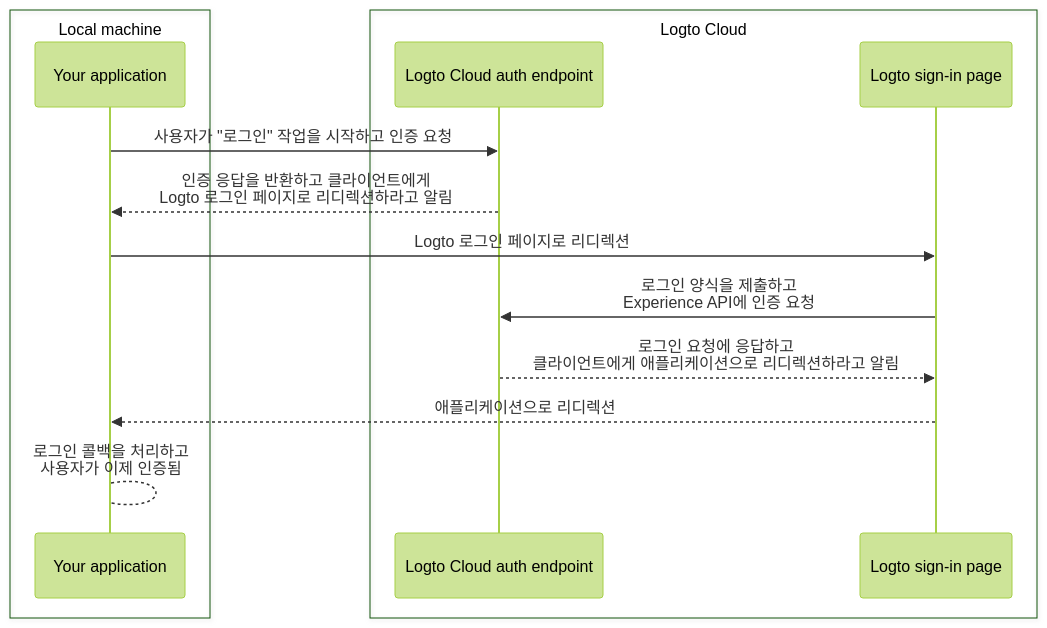
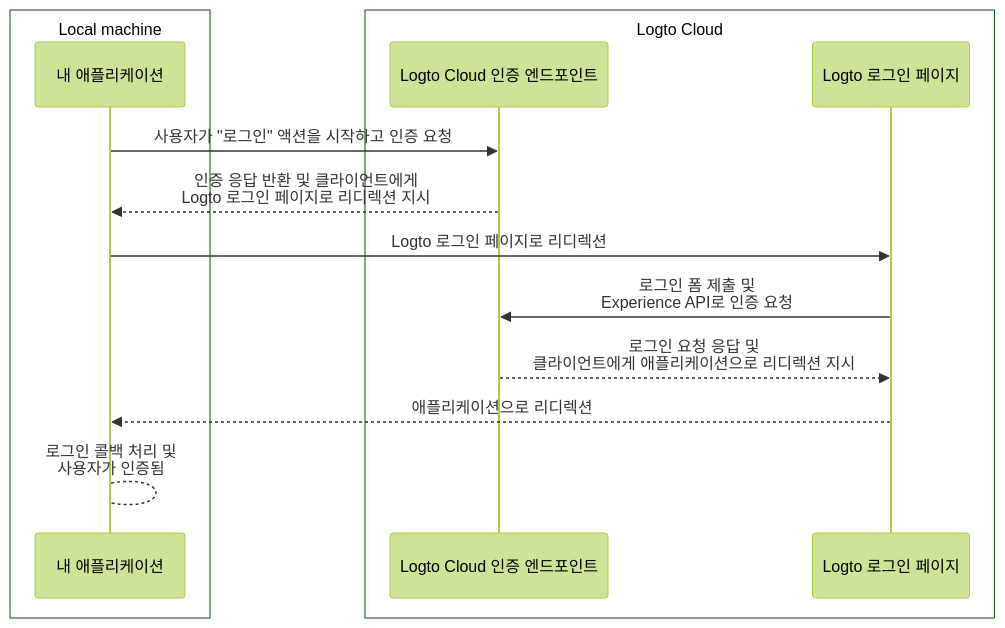
The first of 2 diagrams in i18n/ko/docusaurus-plugin-content-docs/current/customization/bring-your-ui/debug-and-test-your-custom-ui-locally.mdx (logto-io/docs), drawn with Mermaid (forest theme) before and after one commit. The commit also changed other lines of this file and 666 other files, not shown here.

````diff
--- a/i18n/ko/docusaurus-plugin-content-docs/current/customization/bring-your-ui/debug-and-test-your-custom-ui-locally.mdx
+++ b/i18n/ko/docusaurus-plugin-content-docs/current/customization/bring-your-ui/debug-and-test-your-custom-ui-locally.mdx
@@ -18,17 +19,17 @@
 ```mermaid
 sequenceDiagram
     box Local machine
-    participant A as Your application
+    participant A as 내 애플리케이션
     end
     box Logto Cloud
-    participant B as Logto Cloud auth endpoint
-    participant C as Logto sign-in page
+    participant B as Logto Cloud 인증 엔드포인트
+    participant C as Logto 로그인 페이지
     end
-    A ->> B: 사용자가 "로그인" 작업을 시작하고 인증 요청
-    B -->> A: 인증 응답을 반환하고 클라이언트에게<br/>Logto 로그인 페이지로 리디렉션하라고 알림
+    A ->> B: 사용자가 "로그인" 액션을 시작하고 인증 요청
+    B -->> A: 인증 응답 반환 및 클라이언트에게<br/>Logto 로그인 페이지로 리디렉션 지시
     A ->> C: Logto 로그인 페이지로 리디렉션
-    C ->> B: 로그인 양식을 제출하고<br/>Experience API에 인증 요청
-    B -->> C: 로그인 요청에 응답하고<br/>클라이언트에게 애플리케이션으로 리디렉션하라고 알림
+    C ->> B: 로그인 폼 제출 및<br/>Experience API로 인증 요청
+    B -->> C: 로그인 요청 응답 및<br/>클라이언트에게 애플리케이션으로 리디렉션 지시
     C -->> A: 애플리케이션으로 리디렉션
-    A --> A: 로그인 콜백을 처리하고<br/>사용자가 이제 인증됨
+    A --> A: 로그인 콜백 처리 및<br/>사용자가 인증됨
 ```
````
